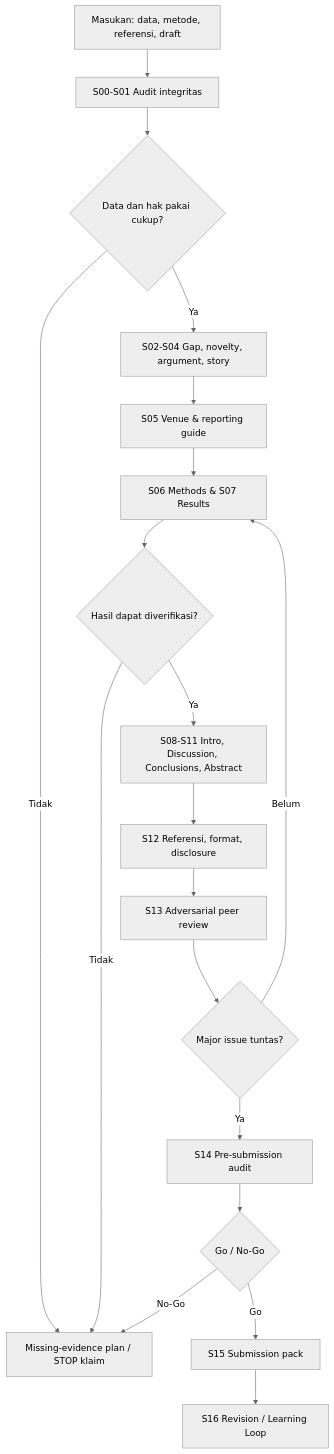
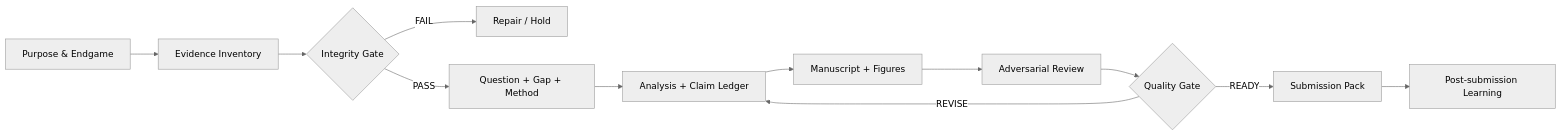
One commit to triajinugroho/research-ai-agentic changed the diagram in skills/research-to-publication/SKILL.md. Above: the diagram before and after it, drawn with Mermaid (neutral theme). The commit also changed other lines of this file, not shown here.

````diff
--- a/skills/research-to-publication/SKILL.md
+++ b/skills/research-to-publication/SKILL.md
@@ -226,21 +59,14 @@
 ```mermaid
-flowchart TD
-    A[Masukan: data, metode, referensi, draft] --> B[S00-S01 Audit integritas]
-    B --> C{Data dan hak pakai cukup?}
-    C -->|Tidak| D[Missing-evidence plan / STOP klaim]
-    C -->|Ya| E[S02-S04 Gap, novelty, argument, story]
-    E --> F[S05 Venue & reporting guide]
-    F --> G[S06 Methods & S07 Results]
-    G --> H{Hasil dapat diverifikasi?}
-    H -->|Tidak| D
-    H -->|Ya| I[S08-S11 Intro, Discussion, Conclusions, Abstract]
-    I --> J[S12 Referensi, format, disclosure]
-    J --> K[S13 Adversarial peer review]
-    K --> L{Major issue tuntas?}
-    L -->|Belum| G
-    L -->|Ya| M[S14 Pre-submission audit]
-    M --> N{Go / No-Go}
-    N -->|Go| O[S15 Submission pack]
-    N -->|No-Go| D
-    O --> P[S16 Revision / Learning Loop]
+flowchart LR
+A[Purpose & Endgame] --> B[Evidence Inventory]
+B --> C{Integrity Gate}
+C -- FAIL --> X[Repair / Hold]
+C -- PASS --> D[Question + Gap + Method]
+D --> E[Analysis + Claim Ledger]
+E --> F[Manuscript + Figures]
+F --> G[Adversarial Review]
+G --> H{Quality Gate}
+H -- REVISE --> E
+H -- READY --> I[Submission Pack]
+I --> J[Post-submission Learning]
 ```
````
